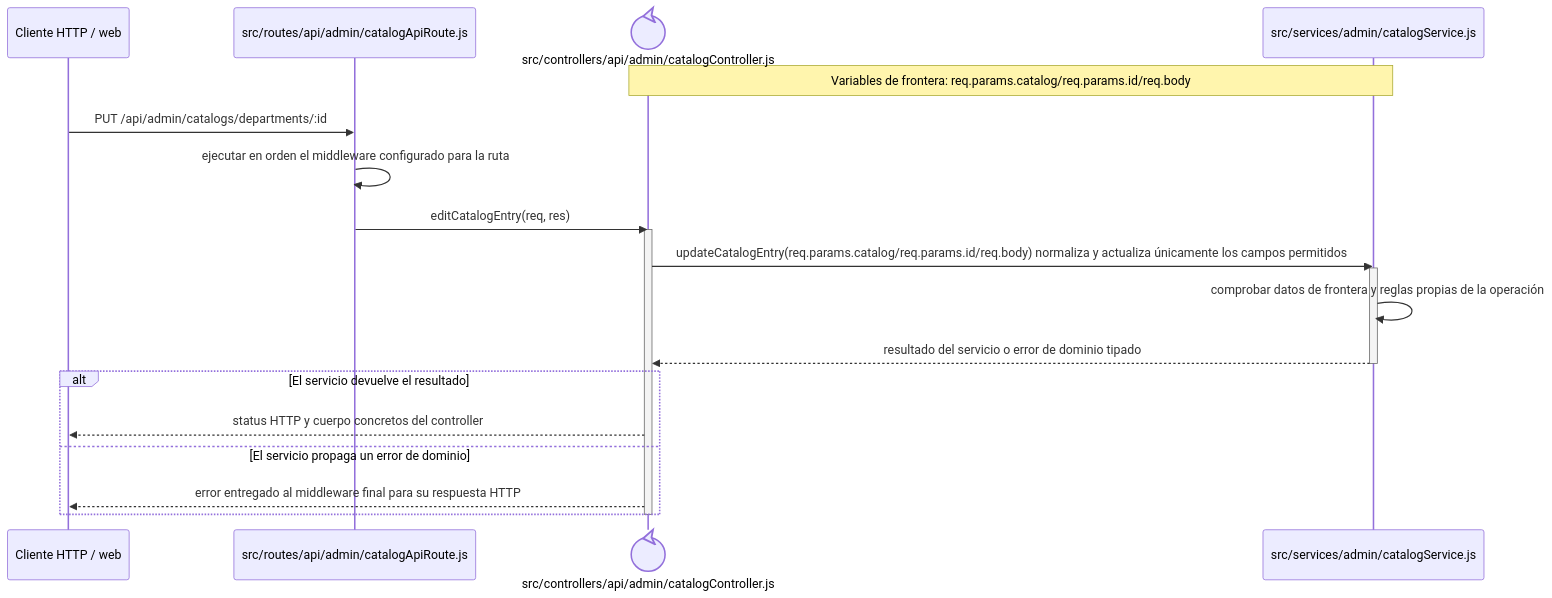
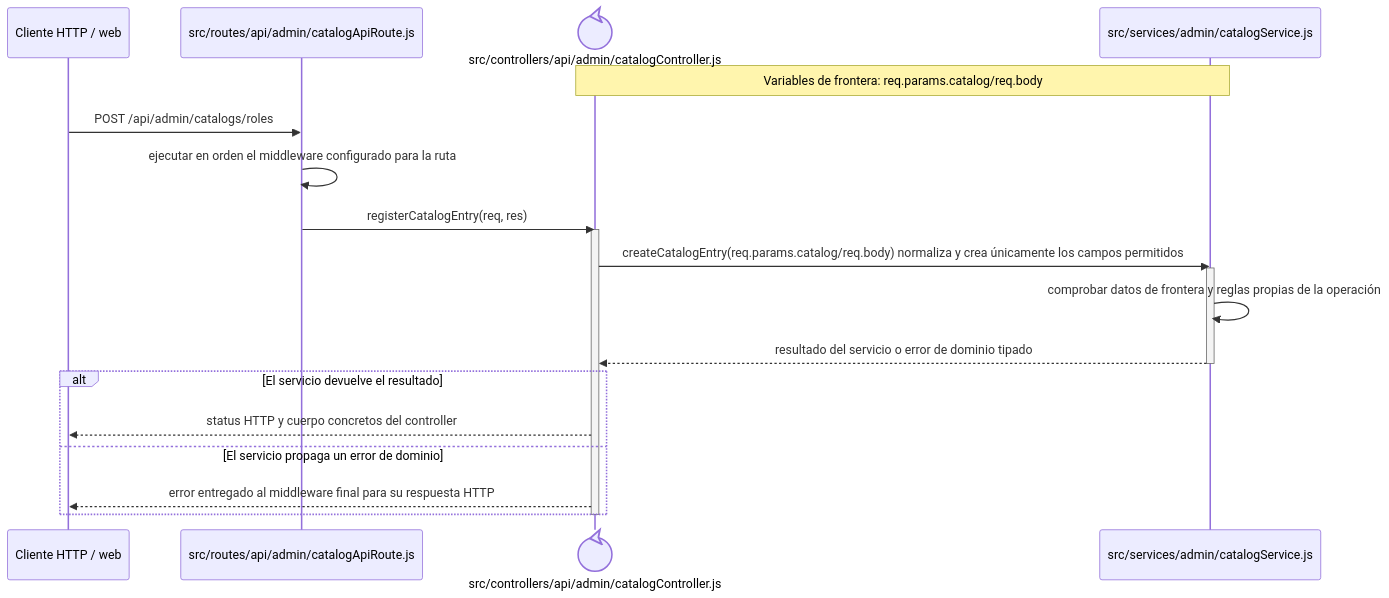
Before and after one commit to gpgsistemas01/nexus: the diagram in docs/architecture/backend-code-sequences/catalogs/cu-cat-29.md, drawn with Mermaid. The commit also changed other lines of this file and 207 other files, not shown here.

````diff
--- a/docs/architecture/backend-code-sequences/catalogs/cu-cat-29.md
+++ b/docs/architecture/backend-code-sequences/catalogs/cu-cat-29.md
@@ -6,24 +6,24 @@
 ```mermaid
 sequenceDiagram
     participant Client as Cliente HTTP / web
     participant Route as src/routes/api/admin/catalogApiRoute.js
     participant Controller@{ "type": "control" } as src/controllers/api/admin/catalogController.js
     participant Domain as src/services/admin/catalogService.js
-    Note over Controller,Domain: Variables de frontera: req.params.catalog/req.params.id/req.body
+    Note over Controller,Domain: Variables de frontera: req.params.catalog/req.body
 
-    Client->>Route: PUT /api/admin/catalogs/departments/:id
+    Client->>Route: POST /api/admin/catalogs/roles
     Route->>Route: ejecutar en orden el middleware configurado para la ruta
-    Route->>Controller: editCatalogEntry(req, res)
+    Route->>Controller: registerCatalogEntry(req, res)
     activate Controller
-    Controller->>Domain: updateCatalogEntry(req.params.catalog/req.params.id/req.body) normaliza y actualiza únicamente los campos permitidos
+    Controller->>Domain: createCatalogEntry(req.params.catalog/req.body) normaliza y crea únicamente los campos permitidos
     activate Domain
     Domain->>Domain: comprobar datos de frontera y reglas propias de la operación
     Domain-->>Controller: resultado del servicio o error de dominio tipado
     deactivate Domain
     alt El servicio devuelve el resultado
         Controller-->>Client: status HTTP y cuerpo concretos del controller
     else El servicio propaga un error de dominio
         Controller-->>Client: error entregado al middleware final para su respuesta HTTP
     end
     deactivate Controller
 ```
````
